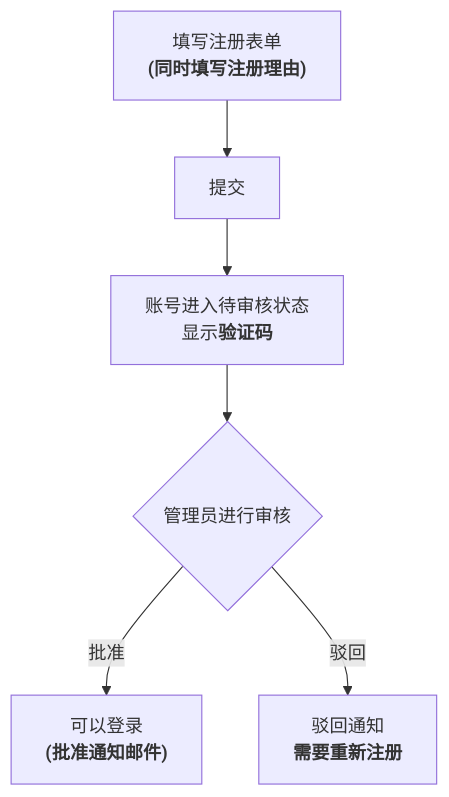
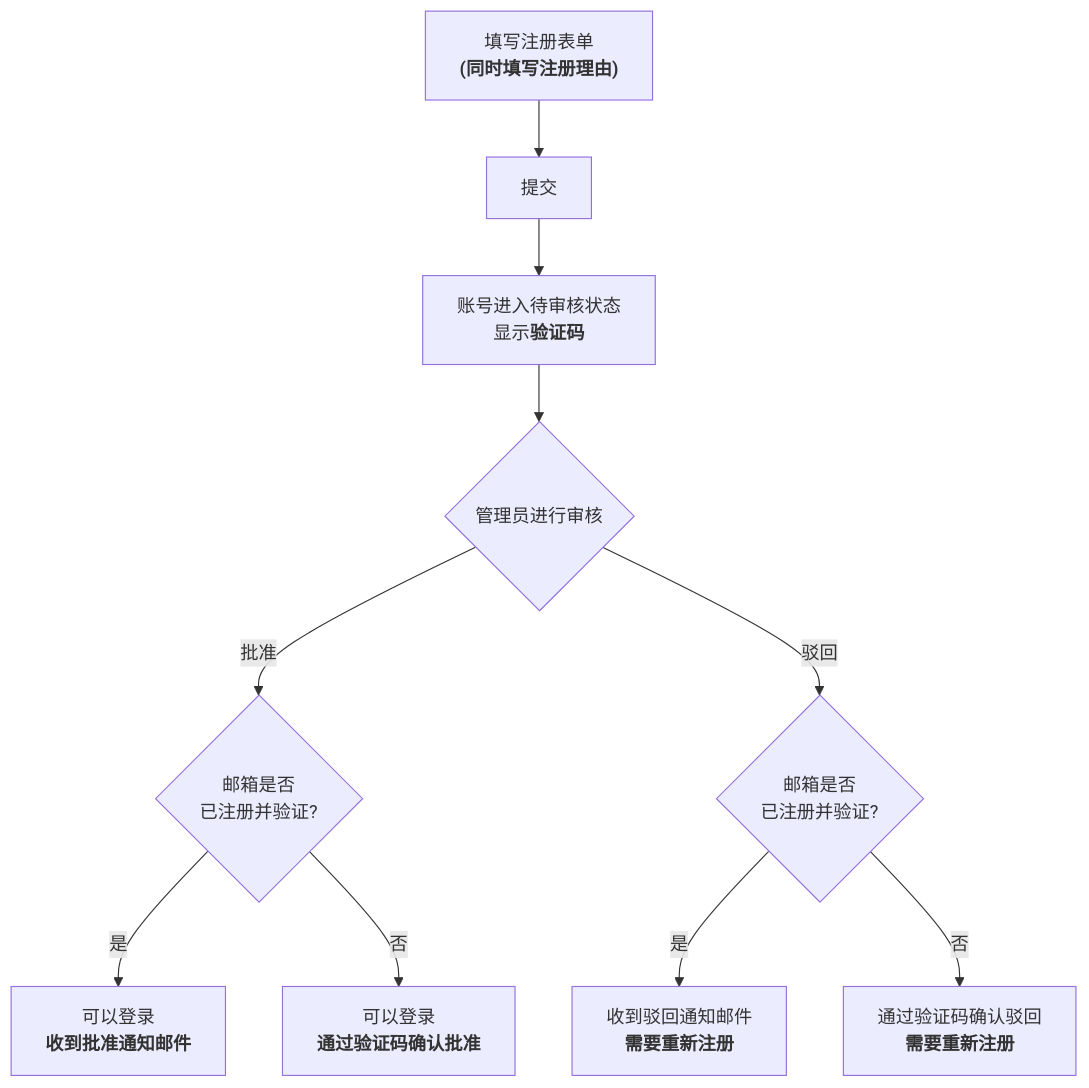
Before and after one commit to Zel9278/docs.mk-juice.dev: the diagram in docs/zh-hans/juice/approval-signup.md, drawn with Mermaid. The commit also changed other lines of this file and 4 other files, not shown here.

````diff
--- a/docs/zh-hans/juice/approval-signup.md
+++ b/docs/zh-hans/juice/approval-signup.md
@@ -7,8 +7,12 @@
 ```mermaid
 flowchart TD
     A["`填写注册表单<br/>**(同时填写注册理由)**`"] --> B[提交]
     B --> C["`账号进入待审核状态<br/>显示**验证码**`"]
     C --> D{管理员进行审核}
-    D -->|批准| E["`可以登录<br/>**(批准通知邮件)**`"]
-    D -->|驳回| F["`驳回通知<br/>**需要重新注册**`"]
+    D -->|批准| E{邮箱是否<br/>已注册并验证?}
+    E -->|是| E1["`可以登录<br/>**收到批准通知邮件**`"]
+    E -->|否| E2["`可以登录<br/>**通过验证码确认批准**`"]
+    D -->|驳回| F{邮箱是否<br/>已注册并验证?}
+    F -->|是| F1["`收到驳回通知邮件<br/>**需要重新注册**`"]
+    F -->|否| F2["`通过验证码确认驳回<br/>**需要重新注册**`"]
 ```
````
